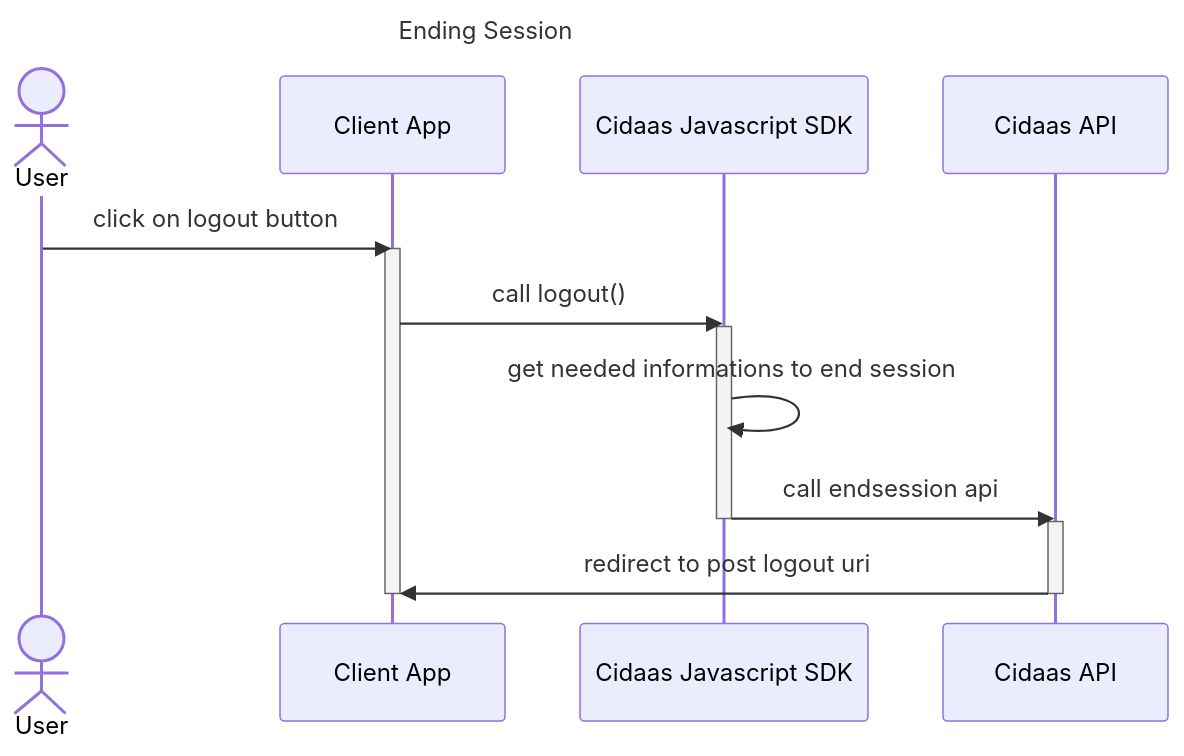
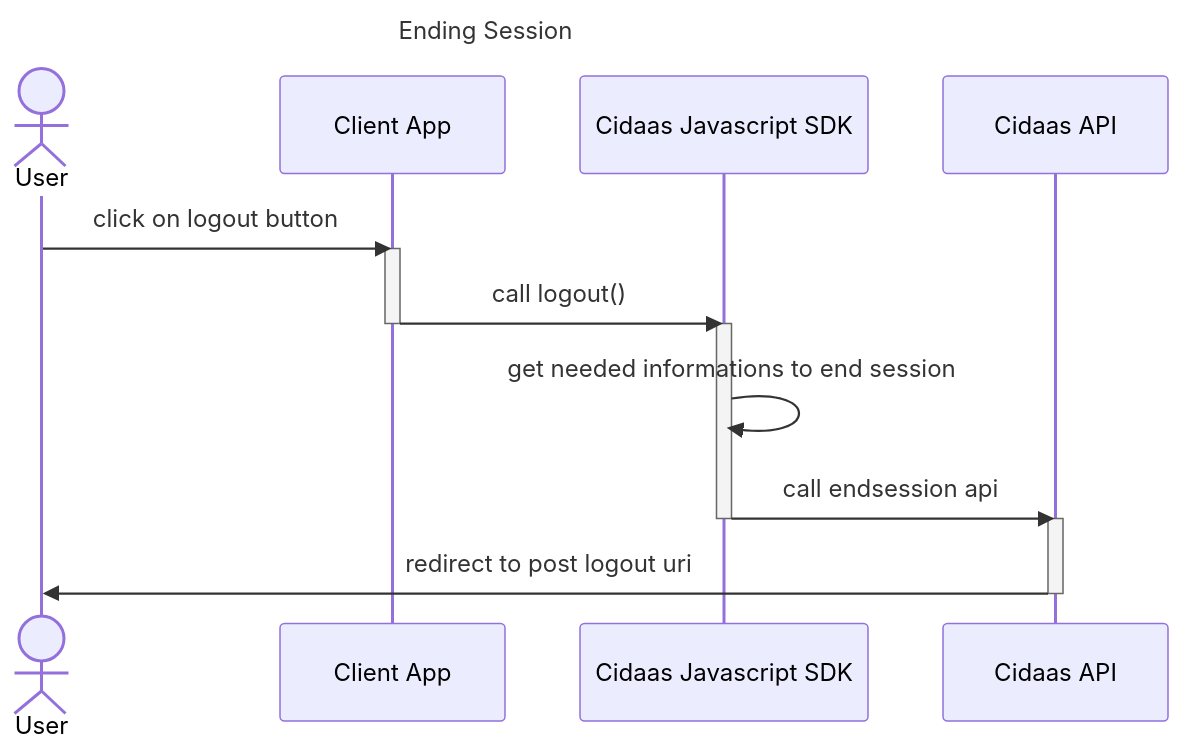
Before and after one commit to cidaas/cidaas-javascript-sdk: the diagram in overview/session-management.md, drawn with Mermaid.

````diff
--- a/overview/session-management.md
+++ b/overview/session-management.md
@@ -11,26 +11,27 @@
 ```mermaid
 ---
 title: Ending Session
 ---
 sequenceDiagram
   Actor User
   participant ClientApp as Client App
   participant CidaasSDK as Cidaas Javascript SDK
   participant CidaasAPI as Cidaas API
 
 User ->> ClientApp: click on logout button
 
 activate ClientApp
 ClientApp ->> CidaasSDK: call logout()
+deactivate ClientApp
 
 activate CidaasSDK
 CidaasSDK ->> CidaasSDK: get needed informations to end session
 CidaasSDK ->> CidaasAPI: call endsession api
 deactivate CidaasSDK
 
 activate CidaasAPI
-CidaasAPI ->> ClientApp: redirect to post logout uri
+CidaasAPI ->> User: redirect to post logout uri
 deactivate CidaasAPI
 
-deactivate ClientApp
+
 ```
````
